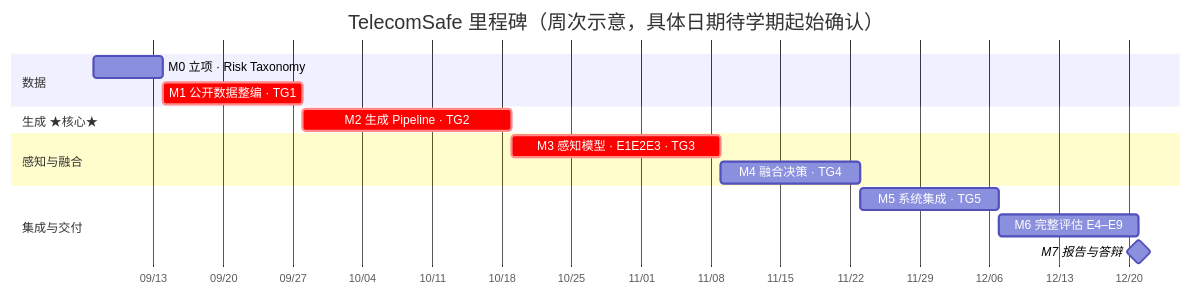
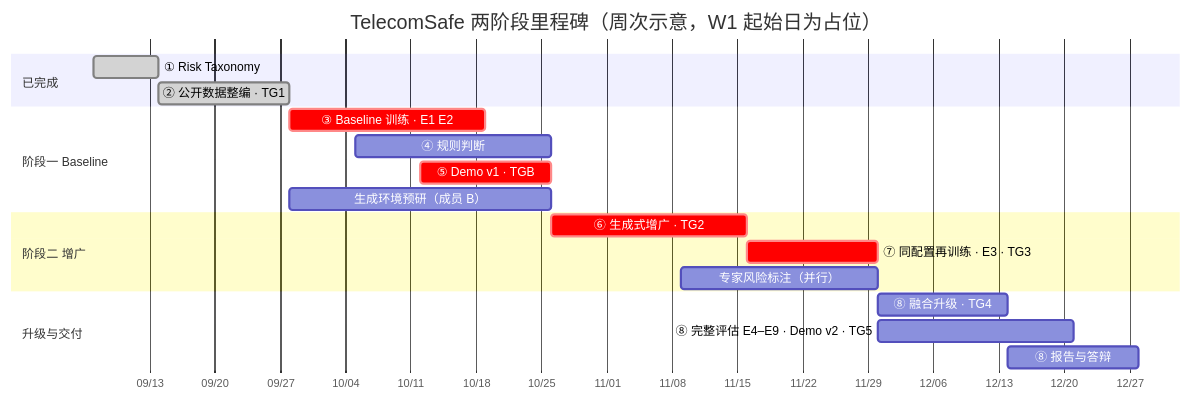
One commit to muamuauh/AY26S1-45-SPML changed the fourth of 4 diagrams in docs/05-技术路线图-CN.md. Above: the diagram before and after it, drawn with Mermaid. The commit also changed other lines of this file and 17 other files, not shown here.

First line of the commit message:
docs: switch to baseline-first two-phase flow and prune stale content

````diff
--- a/docs/05-技术路线图-CN.md
+++ b/docs/05-技术路线图-CN.md
@@ -336,22 +379,26 @@
 ```mermaid
 gantt
-    title TelecomSafe 里程碑（周次示意，具体日期待学期起始确认）
+    title TelecomSafe 两阶段里程碑（周次示意，W1 起始日为占位）
     dateFormat YYYY-MM-DD
     axisFormat %m/%d
 
-    section 数据
-    M0 立项 · Risk Taxonomy      :m0, 2026-09-07, 7d
-    M1 公开数据整编 · TG1         :crit, m1, after m0, 14d
+    section 已完成
+    ① Risk Taxonomy              :done, m0, 2026-09-07, 7d
+    ② 公开数据整编 · TG1          :done, m1, 2026-09-14, 14d
 
-    section 生成 ★核心★
-    M2 生成 Pipeline · TG2        :crit, m2, after m1, 21d
+    section 阶段一 Baseline
+    ③ Baseline 训练 · E1 E2       :crit, a1, 2026-09-28, 21d
+    ④ 规则判断                    :a2, 2026-10-05, 21d
+    ⑤ Demo v1 · TGB              :crit, a3, 2026-10-12, 14d
+    生成环境预研（成员 B）          :b0, 2026-09-28, 28d
 
-    section 感知与融合
-    M3 感知模型 · E1E2E3 · TG3    :crit, m3, after m2, 21d
-    M4 融合决策 · TG4             :m4, after m3, 14d
+    section 阶段二 增广
+    ⑥ 生成式增广 · TG2            :crit, b1, 2026-10-26, 21d
+    ⑦ 同配置再训练 · E3 · TG3      :crit, b2, 2026-11-16, 14d
+    专家风险标注（并行）            :b3, 2026-11-09, 21d
 
-    section 集成与交付
-    M5 系统集成 · TG5             :m5, after m4, 14d
-    M6 完整评估 E4–E9             :m6, after m5, 14d
-    M7 报告与答辩                 :milestone, m7, after m6, 0d
+    section 升级与交付
+    ⑧ 融合升级 · TG4              :c1, 2026-11-30, 14d
+    ⑧ 完整评估 E4–E9 · Demo v2 · TG5 :c2, 2026-11-30, 21d
+    ⑧ 报告与答辩                  :c3, 2026-12-14, 14d
 ```
````
